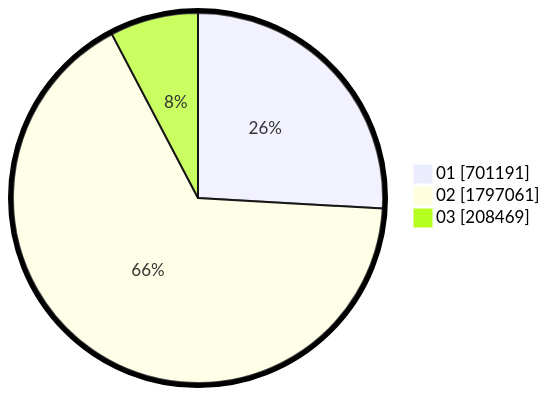
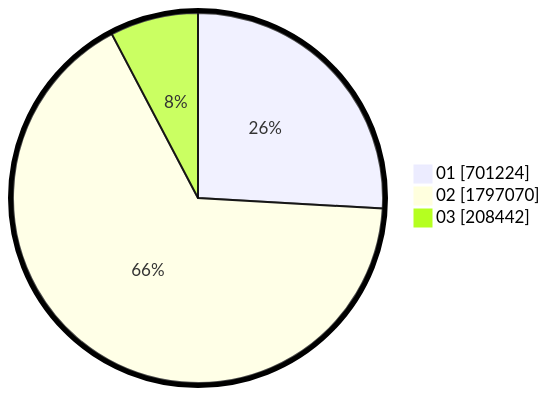
The second of 2 diagrams in pilpres/hitung-suara/sub/table-wilayah-52.md (gigit-pemilu/pemilu-2024), drawn with Mermaid before and after one commit. The commit also changed other lines of this file and 6 other files, not shown here.

````diff
--- a/pilpres/hitung-suara/sub/table-wilayah-52.md
+++ b/pilpres/hitung-suara/sub/table-wilayah-52.md
@@ -15,7 +15,7 @@
 ```mermaid
 %%{init: {"pie": {"textPosition": 0.5}, "themeVariables": {"pieOuterStrokeWidth": "5px"}} }%%
 pie showData
-    "01" : 701191
-    "02" : 1797061
-    "03" : 208469
+    "01" : 701224
+    "02" : 1797070
+    "03" : 208442
 ```
````
